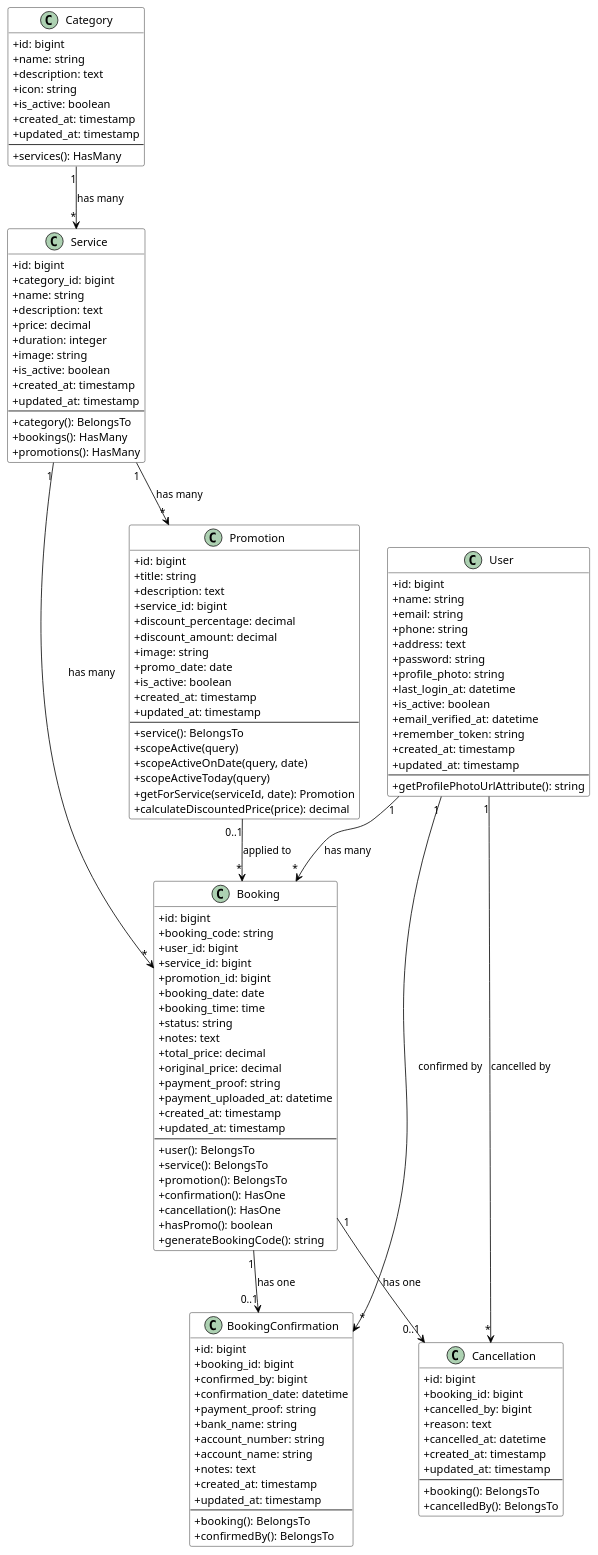
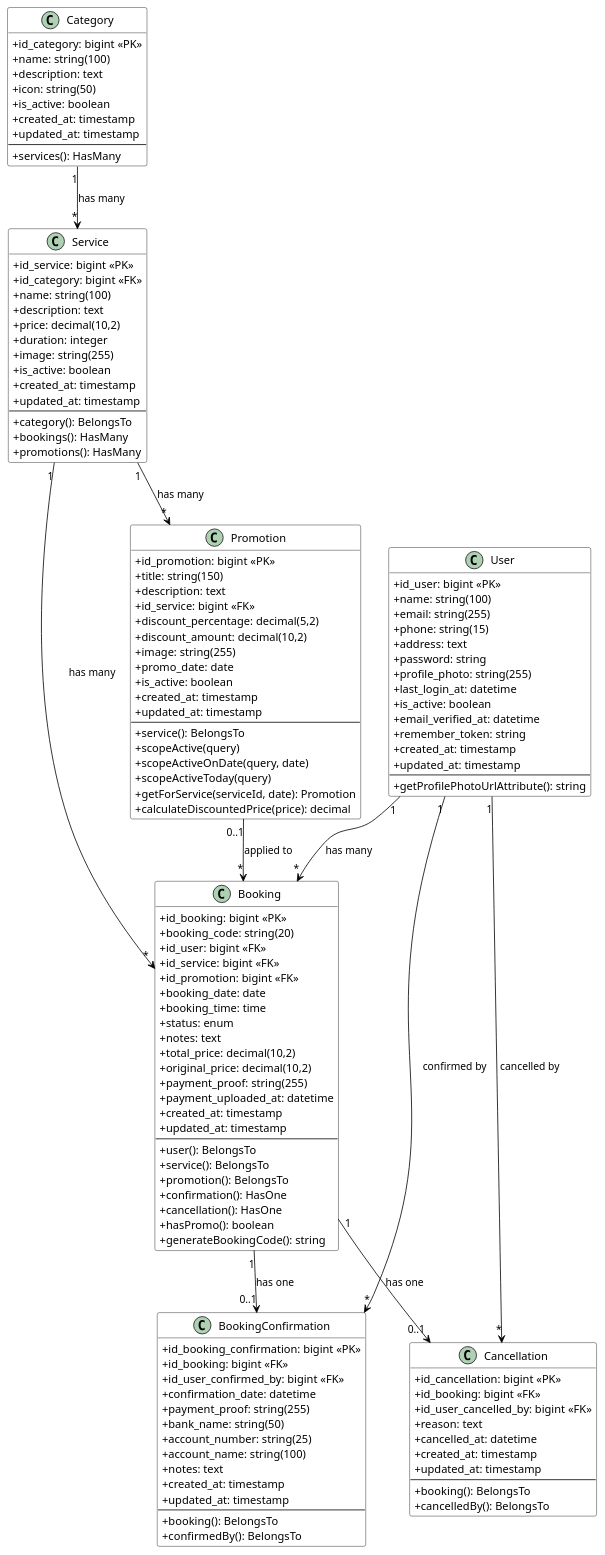
The diagram in class-diagram.puml (Rdx11/Aplikasi-Reservasi-Salon), drawn with PlantUML before and after one commit. The commit also changed 23 other files, not shown here.

```diff
--- a/class-diagram.puml
+++ b/class-diagram.puml
@@ -1,148 +1,148 @@
 @startuml Class Diagram - Booking System
 
 skinparam classAttributeIconSize 0
 skinparam class {
     BackgroundColor White
     BorderColor Black
     ArrowColor Black
 }
 
 ' ==================== MODELS ====================
 
 class User {
-    +id: bigint
-    +name: string
-    +email: string
-    +phone: string
+    +id_user: bigint <<PK>>
+    +name: string(100)
+    +email: string(255)
+    +phone: string(15)
     +address: text
     +password: string
-    +profile_photo: string
+    +profile_photo: string(255)
     +last_login_at: datetime
     +is_active: boolean
     +email_verified_at: datetime
     +remember_token: string
     +created_at: timestamp
     +updated_at: timestamp
     --
     +getProfilePhotoUrlAttribute(): string
 }
 
 class Category {
-    +id: bigint
-    +name: string
+    +id_category: bigint <<PK>>
+    +name: string(100)
     +description: text
-    +icon: string
+    +icon: string(50)
     +is_active: boolean
     +created_at: timestamp
     +updated_at: timestamp
     --
     +services(): HasMany
 }
 
 class Service {
-    +id: bigint
-    +category_id: bigint
-    +name: string
+    +id_service: bigint <<PK>>
+    +id_category: bigint <<FK>>
+    +name: string(100)
     +description: text
-    +price: decimal
+    +price: decimal(10,2)
     +duration: integer
-    +image: string
+    +image: string(255)
     +is_active: boolean
     +created_at: timestamp
     +updated_at: timestamp
     --
     +category(): BelongsTo
     +bookings(): HasMany
     +promotions(): HasMany
 }
 
 class Promotion {
-    +id: bigint
-    +title: string
+    +id_promotion: bigint <<PK>>
+    +title: string(150)
     +description: text
-    +service_id: bigint
-    +discount_percentage: decimal
-    +discount_amount: decimal
-    +image: string
+    +id_service: bigint <<FK>>
+    +discount_percentage: decimal(5,2)
+    +discount_amount: decimal(10,2)
+    +image: string(255)
     +promo_date: date
     +is_active: boolean
     +created_at: timestamp
     +updated_at: timestamp
     --
     +service(): BelongsTo
     +scopeActive(query)
     +scopeActiveOnDate(query, date)
     +scopeActiveToday(query)
     +getForService(serviceId, date): Promotion
     +calculateDiscountedPrice(price): decimal
 }
 
 class Booking {
-    +id: bigint
-    +booking_code: string
-    +user_id: bigint
-    +service_id: bigint
-    +promotion_id: bigint
+    +id_booking: bigint <<PK>>
+    +booking_code: string(20)
+    +id_user: bigint <<FK>>
+    +id_service: bigint <<FK>>
+    +id_promotion: bigint <<FK>>
     +booking_date: date
     +booking_time: time
-    +status: string
+    +status: enum
     +notes: text
-    +total_price: decimal
-    +original_price: decimal
-    +payment_proof: string
+    +total_price: decimal(10,2)
+    +original_price: decimal(10,2)
+    +payment_proof: string(255)
     +payment_uploaded_at: datetime
     +created_at: timestamp
     +updated_at: timestamp
     --
     +user(): BelongsTo
     +service(): BelongsTo
     +promotion(): BelongsTo
     +confirmation(): HasOne
     +cancellation(): HasOne
     +hasPromo(): boolean
     +generateBookingCode(): string
 }
 
 class BookingConfirmation {
-    +id: bigint
-    +booking_id: bigint
-    +confirmed_by: bigint
+    +id_booking_confirmation: bigint <<PK>>
+    +id_booking: bigint <<FK>>
+    +id_user_confirmed_by: bigint <<FK>>
     +confirmation_date: datetime
-    +payment_proof: string
-    +bank_name: string
-    +account_number: string
-    +account_name: string
+    +payment_proof: string(255)
+    +bank_name: string(50)
+    +account_number: string(25)
+    +account_name: string(100)
     +notes: text
     +created_at: timestamp
     +updated_at: timestamp
     --
     +booking(): BelongsTo
     +confirmedBy(): BelongsTo
 }
 
 class Cancellation {
-    +id: bigint
-    +booking_id: bigint
-    +cancelled_by: bigint
+    +id_cancellation: bigint <<PK>>
+    +id_booking: bigint <<FK>>
+    +id_user_cancelled_by: bigint <<FK>>
     +reason: text
     +cancelled_at: datetime
     +created_at: timestamp
     +updated_at: timestamp
     --
     +booking(): BelongsTo
     +cancelledBy(): BelongsTo
 }
 
 ' ==================== RELATIONSHIPS ====================
 
 Category "1" --> "*" Service : has many
 Service "1" --> "*" Booking : has many
 Service "1" --> "*" Promotion : has many
 User "1" --> "*" Booking : has many
 Promotion "0..1" --> "*" Booking : applied to
 Booking "1" --> "0..1" BookingConfirmation : has one
 Booking "1" --> "0..1" Cancellation : has one
 User "1" --> "*" BookingConfirmation : confirmed by
 User "1" --> "*" Cancellation : cancelled by
 
 @enduml
```
